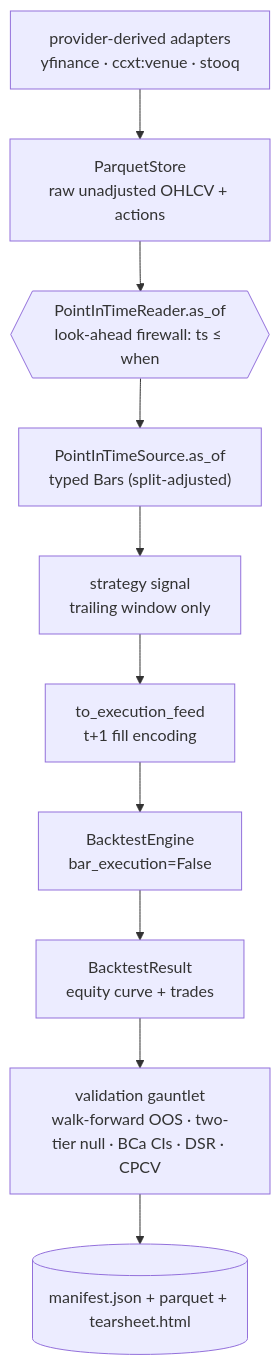
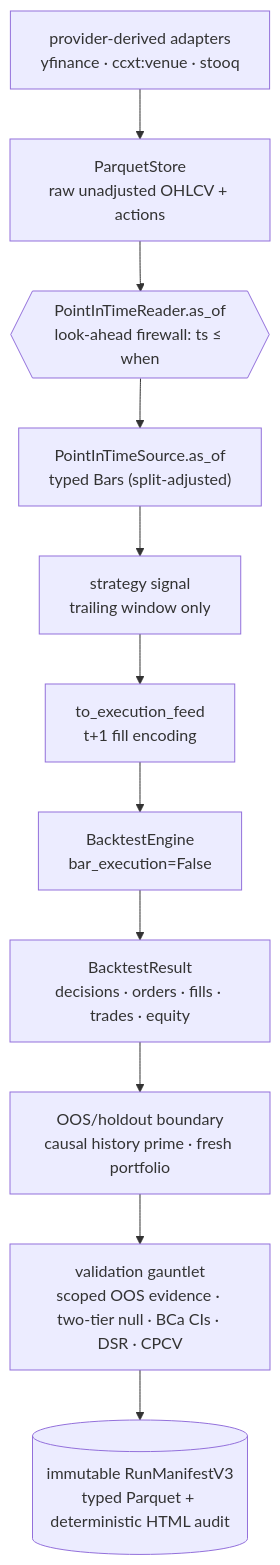
Before and after one commit to tradingsystem1880-eng/Project-ALPHA: the second of 5 diagrams in docs/ARCHITECTURE.md, drawn with Mermaid. The commit also changed other lines of this file and 225 other files, not shown here.

````diff
--- a/docs/ARCHITECTURE.md
+++ b/docs/ARCHITECTURE.md
@@ -100,12 +106,13 @@
 ```mermaid
 flowchart TD
     A["provider-derived adapters<br/>yfinance · ccxt:venue · stooq"] --> B["ParquetStore<br/>raw unadjusted OHLCV + actions"]
     B --> C{{"PointInTimeReader.as_of<br/>look-ahead firewall: ts ≤ when"}}
     C --> D["PointInTimeSource.as_of<br/>typed Bars (split-adjusted)"]
     D --> E["strategy signal<br/>trailing window only"]
     E --> F["to_execution_feed<br/>t+1 fill encoding"]
     F --> G["BacktestEngine<br/>bar_execution=False"]
-    G --> H["BacktestResult<br/>equity curve + trades"]
-    H --> I["validation gauntlet<br/>walk-forward OOS · two-tier null · BCa CIs · DSR · CPCV"]
-    I --> J[("manifest.json + parquet + tearsheet.html")]
+    G --> H["BacktestResult<br/>decisions · orders · fills · trades · equity"]
+    H --> PRIME["OOS/holdout boundary<br/>causal history prime · fresh portfolio"]
+    PRIME --> I["validation gauntlet<br/>scoped OOS evidence · two-tier null · BCa CIs · DSR · CPCV"]
+    I --> J[("immutable RunManifestV3<br/>typed Parquet + deterministic HTML audit")]
 ```
````
